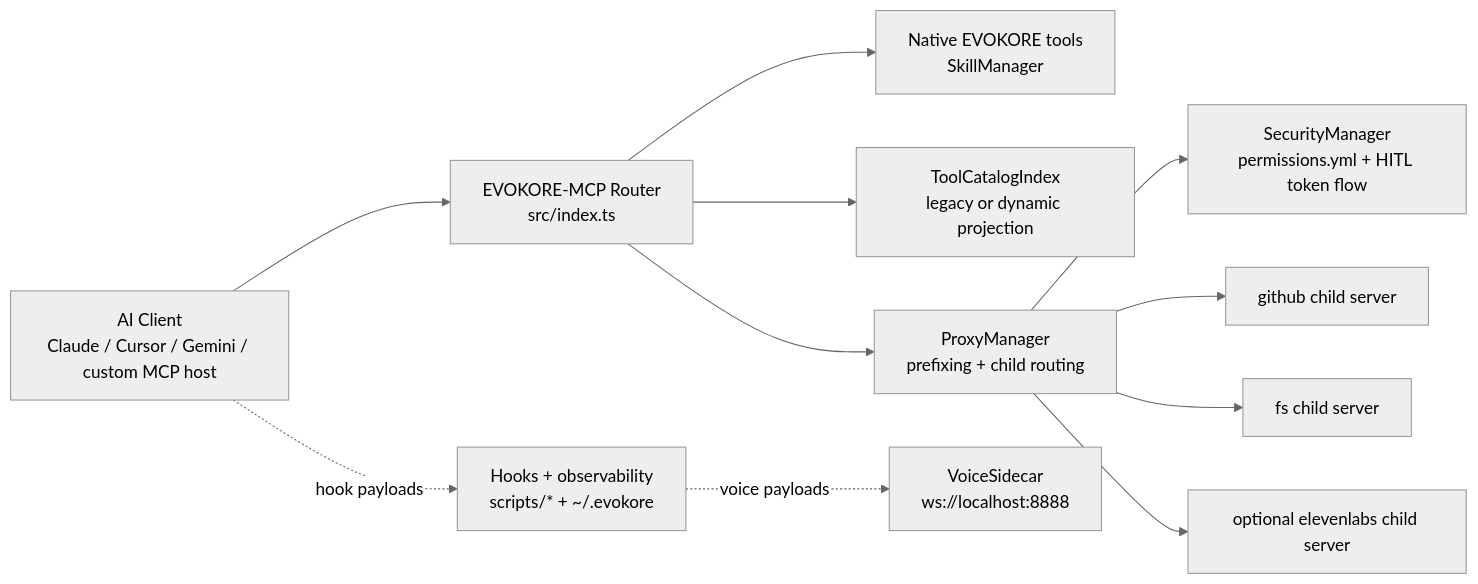
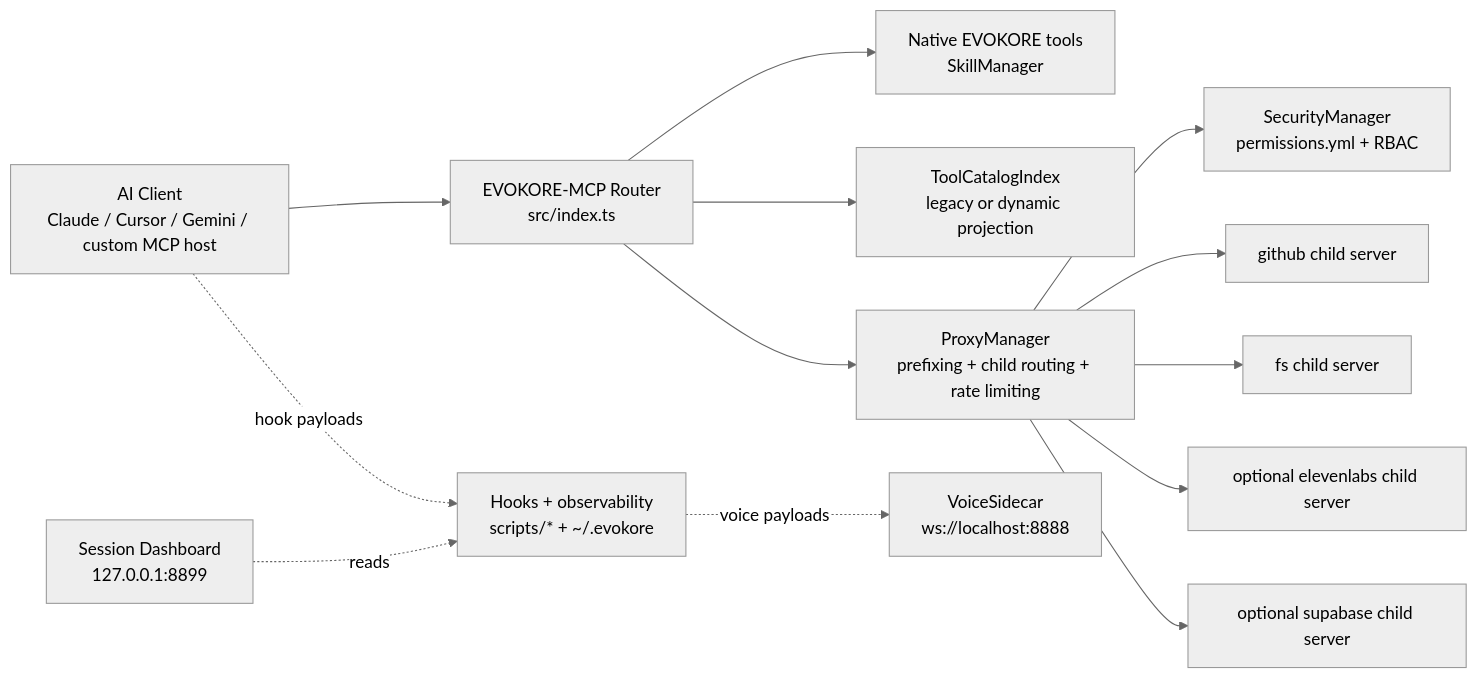
Before and after one commit to mattmre/EVOKORE-MCP: the diagram in README.md, drawn with Mermaid (neutral theme). The commit also changed other lines of this file and 3 other files, not shown here.

````diff
--- a/README.md
+++ b/README.md
@@ -40,25 +49,29 @@
 ```mermaid
 flowchart LR
     Client[AI Client<br/>Claude / Cursor / Gemini / custom MCP host]
     Router[EVOKORE-MCP Router<br/>src/index.ts]
     Native[Native EVOKORE tools<br/>SkillManager]
     Catalog[ToolCatalogIndex<br/>legacy or dynamic projection]
-    Security[SecurityManager<br/>permissions.yml + HITL token flow]
-    Proxy[ProxyManager<br/>prefixing + child routing]
+    Security[SecurityManager<br/>permissions.yml + RBAC]
+    Proxy[ProxyManager<br/>prefixing + child routing + rate limiting]
     GitHub[github child server]
     FS[fs child server]
     Eleven[optional elevenlabs child server]
+    Supa[optional supabase child server]
     Hooks[Hooks + observability<br/>scripts/* + ~/.evokore]
     Sidecar[VoiceSidecar<br/>ws://localhost:8888]
+    Dashboard[Session Dashboard<br/>127.0.0.1:8899]
 
     Client --> Router
     Router --> Native
     Router --> Catalog
     Router --> Proxy
     Proxy --> Security
     Proxy --> GitHub
     Proxy --> FS
     Proxy --> Eleven
+    Proxy --> Supa
     Client -. hook payloads .-> Hooks
     Hooks -. voice payloads .-> Sidecar
+    Dashboard -. reads .-> Hooks
 ```
````
